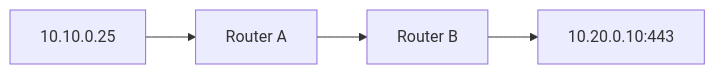
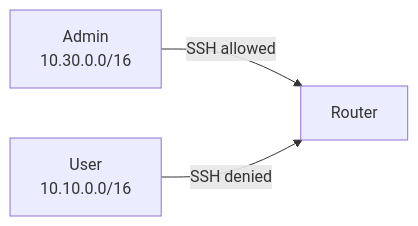
Before and after one commit to cs-pub-ro/SRED-lectures: diagram 23 of 24 in 02-router-security/02-router-security.md, drawn with Mermaid. The commit also changed other lines of this file, not shown here.

````diff
--- a/02-router-security/02-router-security.md
+++ b/02-router-security/02-router-security.md
@@ -621,6 +864,5 @@
 ```mermaid
 flowchart LR
-  C["10.10.0.25"] --> R1["Router A"]
-  R1 --> R2["Router B"]
-  R2 --> S["10.20.0.10:443"]
+  ADM["Admin<br/>10.30.0.0/16"] -->|"SSH allowed"| R["Router"]
+  USER["User<br/>10.10.0.0/16"] -->|"SSH denied"| R
 ```
````
